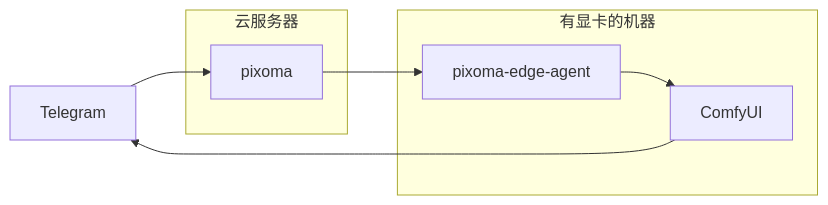
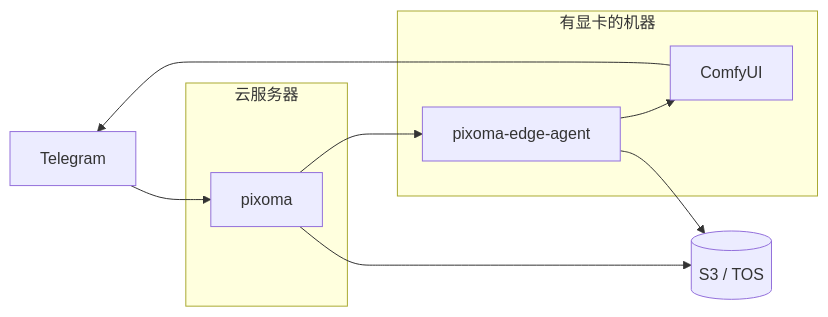
One commit to Mr9esx/Pixoma changed the second of 2 diagrams in README.md. Above: the diagram before and after it, drawn with Mermaid. The commit also changed other lines of this file, not shown here.

First line of the commit message:
docs: README 部署图补上存储

````diff
--- a/README.md
+++ b/README.md
@@ -95,15 +98,18 @@
 ```mermaid
 flowchart LR
   TG[Telegram]
   subgraph server [云服务器]
     P[pixoma]
   end
+  S[(S3 / TOS)]
   subgraph gpu [有显卡的机器]
     E[pixoma-edge-agent]
     C[ComfyUI]
     E --> C
   end
   TG --> P
   P --> E
+  P --> S
+  E --> S
   C --> TG
 ```
````
